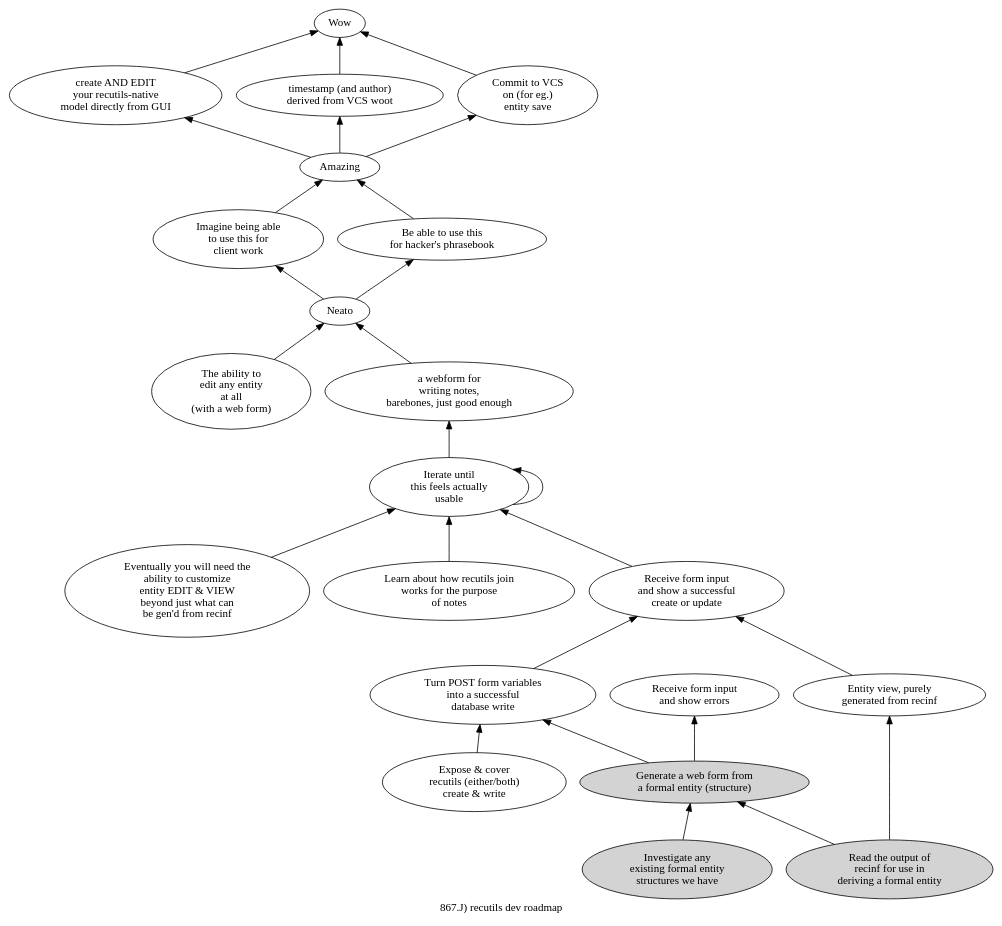
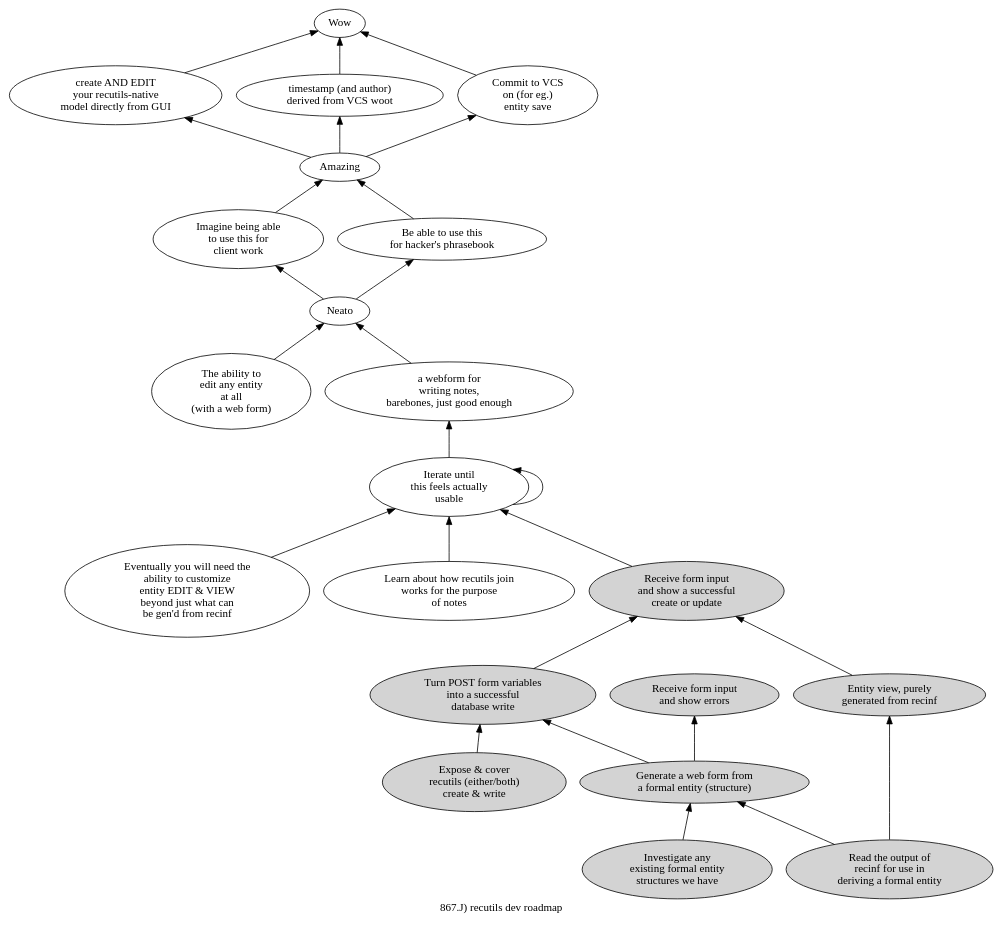
The diagram in kiss-rdb-doc/867.J.towards-a-recutils-dev-roadmap.dot (hipe/tmx), drawn with Graphviz before and after one commit. The commit also changed 8 other files, not shown here.

```diff
--- a/kiss-rdb-doc/867.J.towards-a-recutils-dev-roadmap.dot
+++ b/kiss-rdb-doc/867.J.towards-a-recutils-dev-roadmap.dot
@@ -1,56 +1,56 @@
 digraph g {
 label="867.J) recutils dev roadmap"
 rankdir=BT  /* Make the thing everything points to be at the top */
 DONE0200[label="Wow"]
 MODELLER->DONE0200
 VCS->DONE0200
 VCSWRITE->DONE0200
 DONE0100[label="Amazing"]
 CW->DONE0100
 HPB->DONE0100
 CW[label="Imagine being able\nto use this for\nclient work"]
 DONE0050->CW
 HPB[label="Be able to use this\nfor hacker's phrasebook"]
 DONE0050->HPB
 DONE0050[label="Neato"]
 EAEAA->DONE0050
 JOINNOTES->DONE0050
 ITERUSE[label="Iterate until\nthis feels actually\nusable"]
 CUSTOM->ITERUSE
 ITERUSE->ITERUSE
 JOIN->ITERUSE
 RFIOK->ITERUSE
 EAEAA[label="The ability to\nedit any entity\nat all\n(with a web form)"]
-CREATEOK[label="Turn POST form variables\ninto a successful\ndatabase write"]
+CREATEOK[label="Turn POST form variables\ninto a successful\ndatabase write" style=filled]
 EXPOSEW->CREATEOK
 GWFFFE->CREATEOK
-EXPOSEW[label="Expose & cover\nrecutils (either/both)\ncreate & write"]
+EXPOSEW[label="Expose & cover\nrecutils (either/both)\ncreate & write" style=filled]
 GWFFFE[label="Generate a web form from\na formal entity (structure)" style=filled]
 EFORM->GWFFFE
 RRI->GWFFFE
-RFISE[label="Receive form input\nand show errors"]
+RFISE[label="Receive form input\nand show errors" style=filled]
 GWFFFE->RFISE
-RFIOK[label="Receive form input\nand show a successful\ncreate or update"]
+RFIOK[label="Receive form input\nand show a successful\ncreate or update" style=filled]
 CREATEOK->RFIOK
 VIEW->RFIOK
 RRI[label="Read the output of\nrecinf for use in\nderiving a formal entity" style=filled]
 JOINNOTES[label="a webform for\nwriting notes,\nbarebones, just good enough"]
 ITERUSE->JOINNOTES
 JOIN[label="Learn about how recutils join\nworks for the purpose\nof notes"]
 VCS[label="timestamp (and author)\nderived from VCS woot"]
 DONE0100->VCS
 VCSWRITE[label="Commit to VCS\non (for eg.)\nentity save"]
 DONE0100->VCSWRITE
 CUSTOM[label="Eventually you will need the\nability to customize
 entity EDIT & VIEW\nbeyond just what can\nbe gen'd from recinf"]
-VIEW[label="Entity view, purely\ngenerated from recinf"]
+VIEW[label="Entity view, purely\ngenerated from recinf" style=filled]
 RRI->VIEW
 MODELLER[label="create AND EDIT\nyour recutils-native\nmodel directly from GUI"]
 DONE0100->MODELLER
 EFORM[label="Investigate any\nexisting formal entity\nstructures we have" style=filled]
 }
 
 /*
 #history-C.1 Create a rough draft of dependencies from initial nodes
 #born
 */
```
